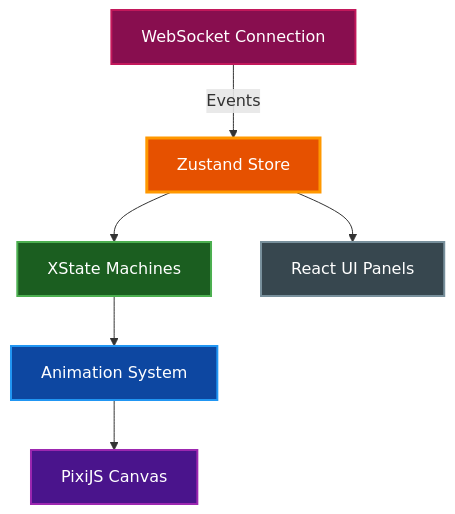
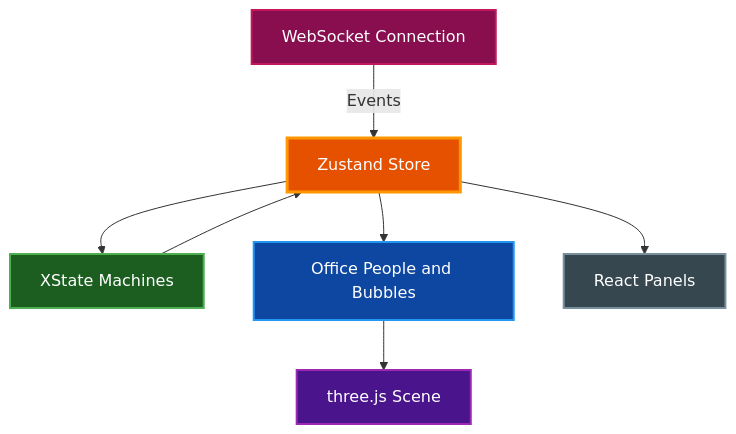
One commit to heejunKIM01/agent-office changed the diagram in frontend/README.md. Above: the diagram before and after it, drawn with Mermaid. The commit also changed other lines of this file and 9 other files, not shown here.

````diff
--- a/frontend/README.md
+++ b/frontend/README.md
@@ -33,22 +31,23 @@
 ```mermaid
 graph TD
     WS[WebSocket Connection]
     Store[Zustand Store]
     Machines[XState Machines]
-    Animation[Animation System]
-    Canvas[PixiJS Canvas]
-    UI[React UI Panels]
+    People[Office People and Bubbles]
+    Scene[three.js Scene]
+    UI[React Panels]
 
     WS -->|Events| Store
     Store --> Machines
-    Machines --> Animation
-    Animation --> Canvas
+    Machines --> Store
+    Store --> People
+    People --> Scene
     Store --> UI
 
     style WS fill:#880e4f,stroke:#c2185b,stroke-width:2px,color:#ffffff
     style Store fill:#e65100,stroke:#ff9800,stroke-width:3px,color:#ffffff
     style Machines fill:#1b5e20,stroke:#4caf50,stroke-width:2px,color:#ffffff
-    style Animation fill:#0d47a1,stroke:#2196f3,stroke-width:2px,color:#ffffff
-    style Canvas fill:#4a148c,stroke:#9c27b0,stroke-width:2px,color:#ffffff
+    style People fill:#0d47a1,stroke:#2196f3,stroke-width:2px,color:#ffffff
+    style Scene fill:#4a148c,stroke:#9c27b0,stroke-width:2px,color:#ffffff
     style UI fill:#37474f,stroke:#78909c,stroke-width:2px,color:#ffffff
 ```
````
